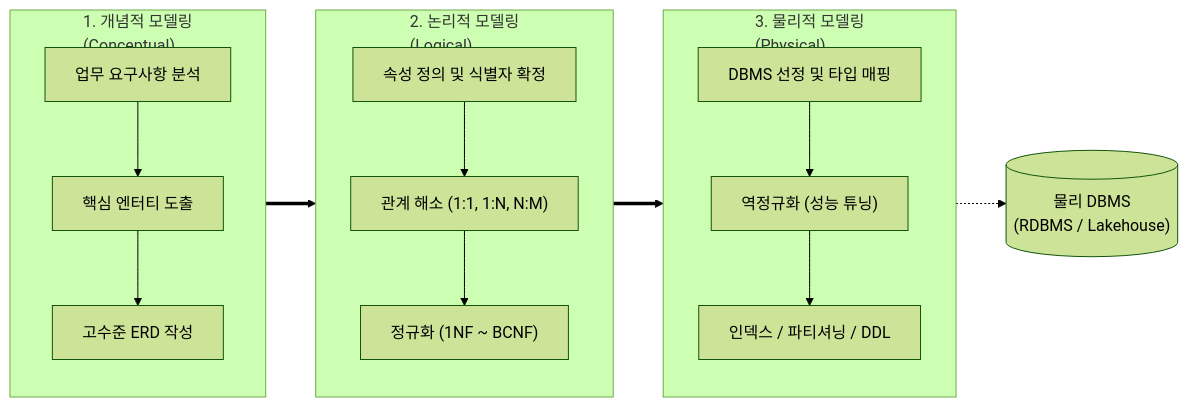
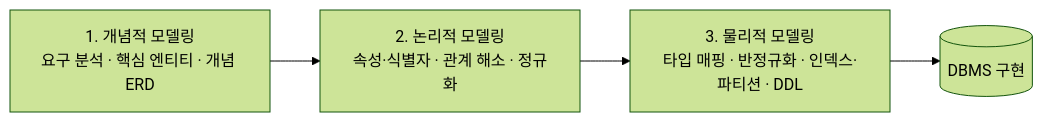
One commit to supremethumb/supremethumb.github.io changed the diagram in content/01_IT Tech/데이터베이스 모델링.md. Above: the diagram before and after it, drawn with Mermaid (forest theme). The commit also changed other lines of this file and 1087 other files, not shown here.

````diff
--- a/content/01_IT Tech/데이터베이스 모델링.md
+++ b/content/01_IT Tech/데이터베이스 모델링.md
@@ -34,31 +35,6 @@
 ```mermaid
 flowchart LR
-    subgraph Step1["1. 개념적 모델링<br/>(Conceptual)"]
-        direction TB
-        A1["업무 요구사항 분석"]
-        A2["핵심 엔터티 도출"]
-        A3["고수준 ERD 작성"]
-        A1 --> A2 --> A3
-    end
-
-    subgraph Step2["2. 논리적 모델링<br/>(Logical)"]
-        direction TB
-        B1["속성 정의 및 식별자 확정"]
-        B2["관계 해소 (1:1, 1:N, N:M)"]
-        B3["정규화 (1NF ~ BCNF)"]
-        B1 --> B2 --> B3
-    end
-
-    subgraph Step3["3. 물리적 모델링<br/>(Physical)"]
-        direction TB
-        C1["DBMS 선정 및 타입 매핑"]
-        C2["역정규화 (성능 튜닝)"]
-        C3["인덱스 / 파티셔닝 / DDL"]
-        C1 --> C2 --> C3
-    end
-
-    Step1 ==> Step2
-    Step2 ==> Step3
-    Step3 -.-> DB[("물리 DBMS<br/>(RDBMS / Lakehouse)")]
-
+    C["1. 개념적 모델링<br/>요구 분석 · 핵심 엔티티 · 개념 ERD"] --> L["2. 논리적 모델링<br/>속성·식별자 · 관계 해소 · 정규화"]
+    L --> P["3. 물리적 모델링<br/>타입 매핑 · 반정규화 · 인덱스·파티션 · DDL"]
+    P --> DB[("DBMS 구현")]
 ```
````
